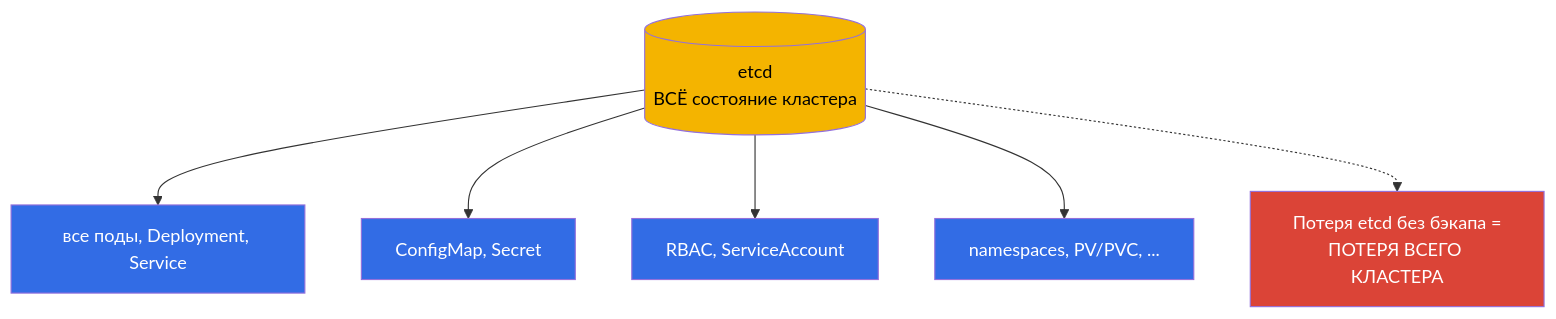
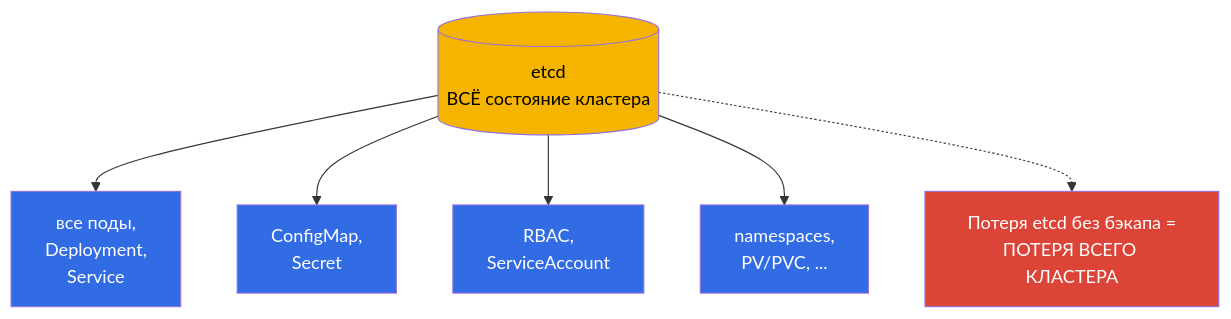
Before and after one commit to ViktorUJ/cks: the first of 6 diagrams in tasks/cka/course/37/ru.md, drawn with Mermaid. The commit also changed other lines of this file and 30 other files, not shown here.

````diff
--- a/tasks/cka/course/37/ru.md
+++ b/tasks/cka/course/37/ru.md
@@ -16,16 +16,16 @@
 ```mermaid
 flowchart TB
     etcd[("etcd<br>ВСЁ состояние кластера")]
-    etcd --> o1["все поды, Deployment, Service"]
-    etcd --> o2["ConfigMap, Secret"]
-    etcd --> o3["RBAC, ServiceAccount"]
-    etcd --> o4["namespaces, PV/PVC, ..."]
+    etcd --> o1["все поды,<br>Deployment,<br>Service"]
+    etcd --> o2["ConfigMap,<br>Secret"]
+    etcd --> o3["RBAC,<br>ServiceAccount"]
+    etcd --> o4["namespaces,<br>PV/PVC, ..."]
     lost["Потеря etcd без бэкапа =<br>ПОТЕРЯ ВСЕГО КЛАСТЕРА"]
     etcd -.-> lost
     style etcd fill:#f4b400,color:#000
     style o1 fill:#326ce5,color:#fff
     style o2 fill:#326ce5,color:#fff
     style o3 fill:#326ce5,color:#fff
     style o4 fill:#326ce5,color:#fff
     style lost fill:#db4437,color:#fff
 ```
````
